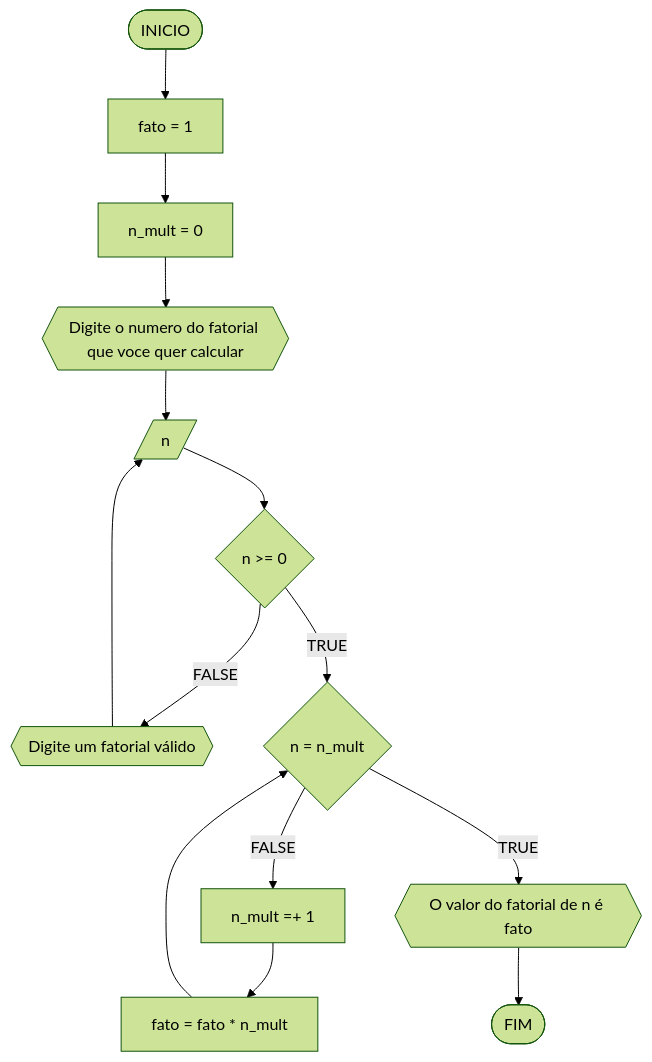
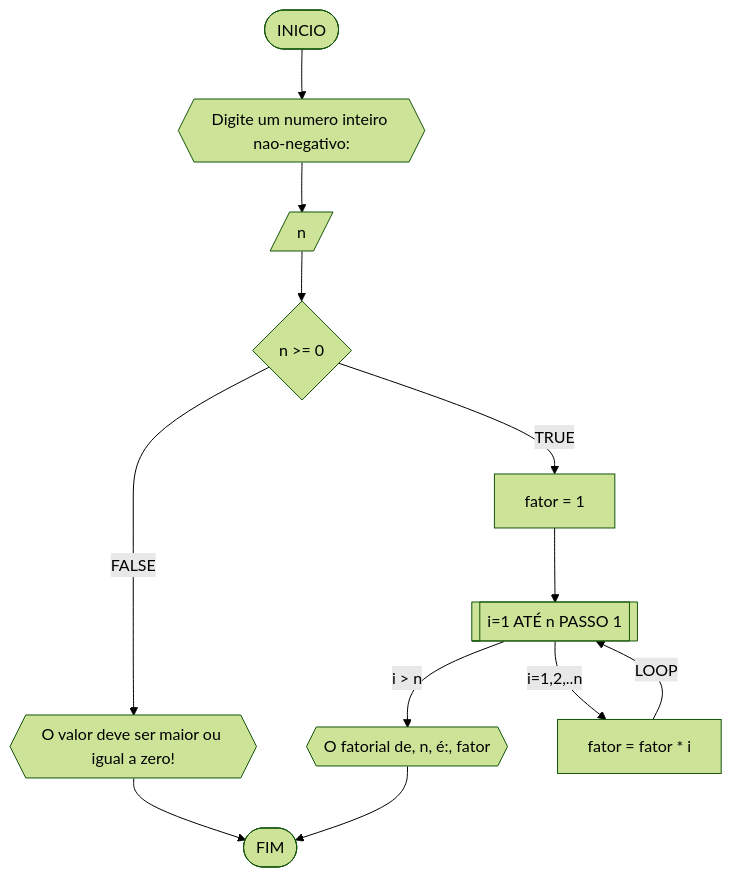
One commit to EPorfirio/UNIFOR changed the sixth of 8 diagrams in unidade1/AD1.md. Above: the diagram before and after it, drawn with Mermaid (forest theme). The commit also changed other lines of this file, not shown here.

````diff
--- a/unidade1/AD1.md
+++ b/unidade1/AD1.md
@@ -375,16 +425,14 @@
 ```mermaid
 flowchart TD
-A([INICIO]) --> B[fato = 1]
-B --> R[n_mult = 0]
-R-->C{{Digite o numero do fatorial que voce quer calcular}}
-C --> D[/n/]
-D --> E{n >= 0}
-E --FALSE--> F{{Digite um fatorial válido}}
-F --> D
-E --TRUE--> G{n = n_mult}
-G --FALSE--> H[n_mult =+ 1]
-H --> I[fato = fato * n_mult]
-I --> G
-G --TRUE--> Y{{O valor do fatorial de n é fato}}
-Y --> Z([FIM]) 
+A([INICIO]) --> B{{"Digite um numero inteiro nao-negativo:"}}
+B --> C[/n/]
+C --> D{n >= 0}
+D --TRUE--> E[fator = 1]
+D --FALSE--> J{{"O valor deve ser maior ou igual a zero!"}}
+J --> I([FIM])
+E --> F[[i=1 ATÉ n PASSO 1]]
+F --"i > n"--> H{{O fatorial de, n, é:, fator}}
+F --"i=1,2,..n"--> G[fator = fator * i]
+G --LOOP--> F
+H --> I
 ```
````
